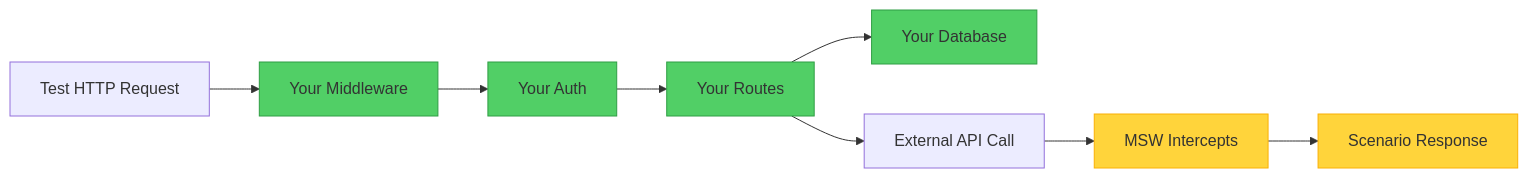
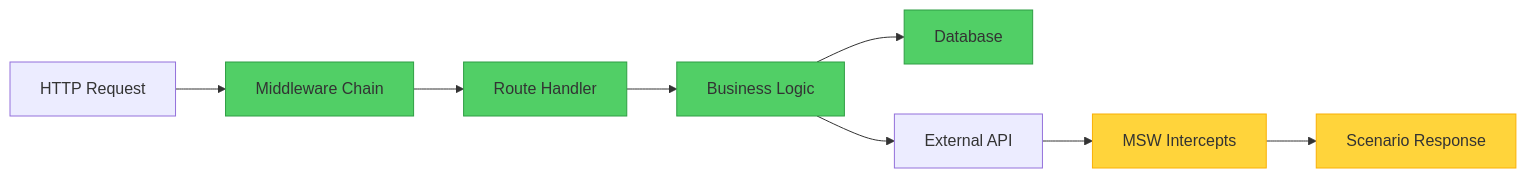
Before and after one commit to citypaul/scenarist: the second of 2 diagrams in apps/docs/src/content/docs/introduction/why-scenarist.md, drawn with Mermaid. The commit also changed other lines of this file and 3 other files, not shown here.

````diff
--- a/apps/docs/src/content/docs/introduction/why-scenarist.md
+++ b/apps/docs/src/content/docs/introduction/why-scenarist.md
@@ -85,17 +57,17 @@
 ```mermaid
 graph LR
-    A[Test HTTP Request] --> B[Your Middleware]
-    B --> C[Your Auth]
-    C --> D[Your Routes]
-    D --> E[Your Database]
-    D --> F[External API Call]
+    A[HTTP Request] --> B[Middleware Chain]
+    B --> C[Route Handler]
+    C --> D[Business Logic]
+    D --> E[Database]
+    D --> F[External API]
     F --> G[MSW Intercepts]
     G --> H[Scenario Response]
 
     style B fill:#51cf66,stroke:#2f9e44
     style C fill:#51cf66,stroke:#2f9e44
     style D fill:#51cf66,stroke:#2f9e44
     style E fill:#51cf66,stroke:#2f9e44
     style G fill:#ffd43b,stroke:#fab005
     style H fill:#ffd43b,stroke:#fab005
 ```
````
